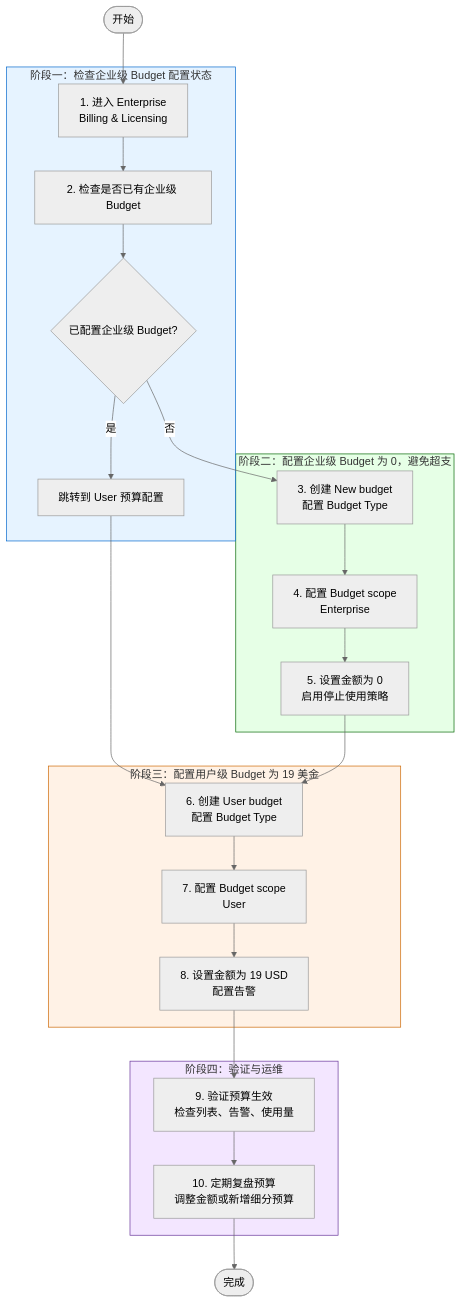
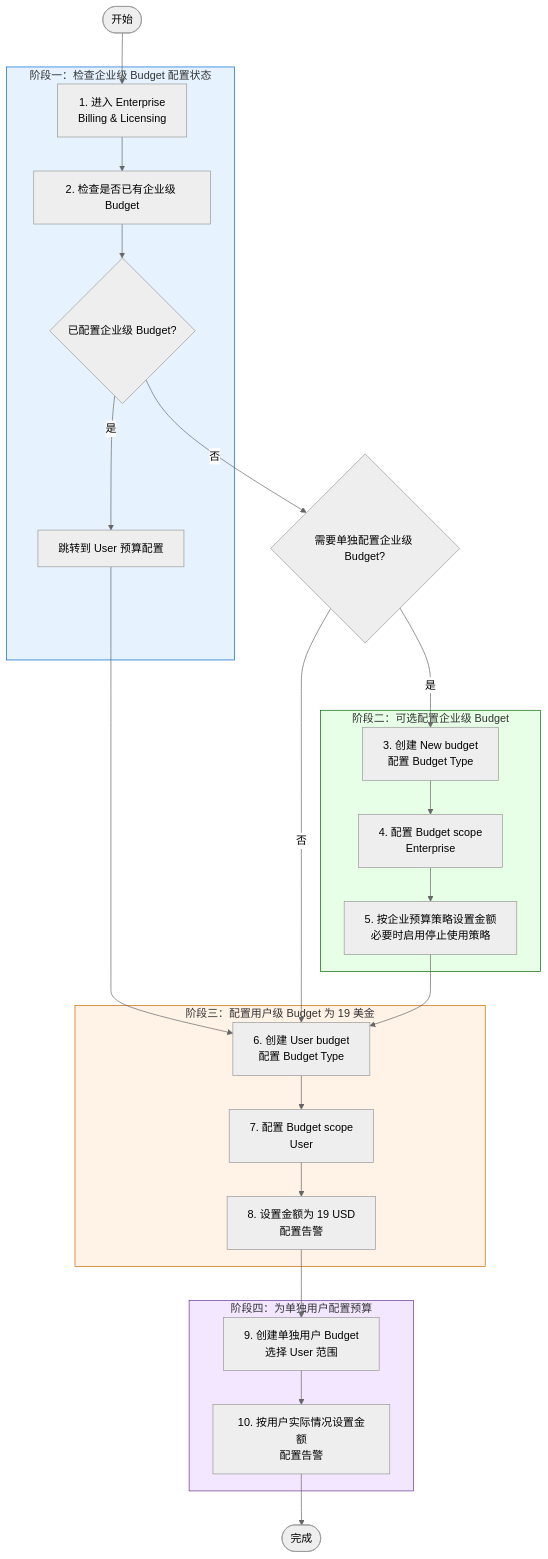
One commit to nickhou1983/Github-Sop changed the diagram in budget/github-enterprise-budget.md. Above: the diagram before and after it, drawn with Mermaid (neutral theme). The commit also changed other lines of this file, not shown here.

Commit message:
Update enterprise budget SOP

````diff
--- a/budget/github-enterprise-budget.md
+++ b/budget/github-enterprise-budget.md
@@ -9,47 +18,50 @@
 ```mermaid
 flowchart TD
     Start([开始]) --> Step1
 
     subgraph Phase1 ["阶段一：检查企业级 Budget 配置状态"]
         Step1[1. 进入 Enterprise<br/>Billing & Licensing]
         Step2[2. 检查是否已有企业级 Budget]
         Decision1{已配置企业级 Budget?}
         UserBudget[跳转到 User 预算配置]
     end
 
-    subgraph Phase2 ["阶段二：配置企业级 Budget 为 0，避免超支"]
+    subgraph Phase2 ["阶段二：可选配置企业级 Budget"]
         Step5[3. 创建 New budget<br/>配置 Budget Type]
         Step6[4. 配置 Budget scope<br/>Enterprise]
-        Step7[5. 设置金额为 0<br/>启用停止使用策略]
+        Step7[5. 按企业预算策略设置金额<br/>必要时启用停止使用策略]
     end
 
     subgraph Phase3 ["阶段三：配置用户级 Budget 为 19 美金"]
         Step8[6. 创建 User budget<br/>配置 Budget Type]
         Step9[7. 配置 Budget scope<br/>User]
         Step10[8. 设置金额为 19 USD<br/>配置告警]
     end
 
-    subgraph Phase4 ["阶段四：验证与运维"]
-        Step11[9. 验证预算生效<br/>检查列表、告警、使用量]
-        Step12[10. 定期复盘预算<br/>调整金额或新增细分预算]
+    subgraph Phase4 ["阶段四：为单独用户配置预算"]
+        Step11[9. 创建单独用户 Budget<br/>选择 User 范围]
+        Step12[10. 按用户实际情况设置金额<br/>配置告警]
     end
 
     Step1 --> Step2
     Step2 --> Decision1
     Decision1 -- 是 --> UserBudget
     UserBudget --> Step8
-    Decision1 -- 否 --> Step5
+    Decision2{需要单独配置企业级 Budget?}
+    Decision1 -- 否 --> Decision2
+    Decision2 -- 是 --> Step5
+    Decision2 -- 否 --> Step8
     Step5 --> Step6
     Step6 --> Step7
     Step7 --> Step8
     Step8 --> Step9
     Step9 --> Step10
     Step10 --> Step11
     Step11 --> Step12
     Step12 --> End([完成])
 
     style Phase1 fill:#e6f3ff,stroke:#0066cc
     style Phase2 fill:#e6ffe6,stroke:#006600
     style Phase3 fill:#fff2e6,stroke:#cc6600
     style Phase4 fill:#f3e6ff,stroke:#663399
 ```
````
